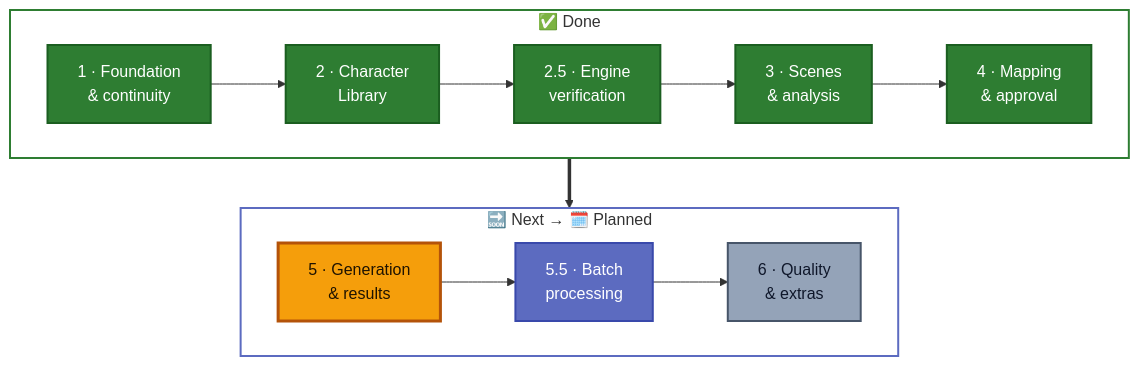
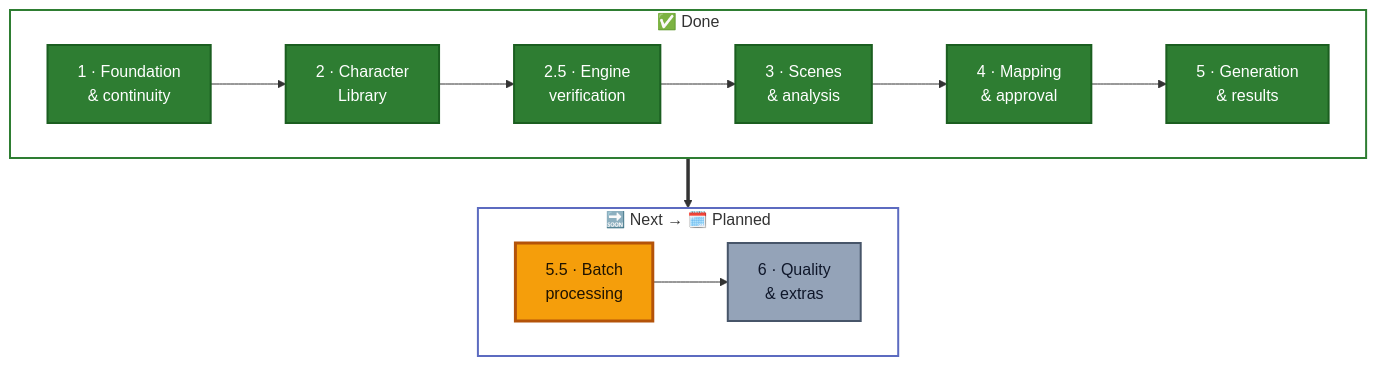
One commit to CyberSecurityChuck/Character-Studio changed the third of 3 diagrams in README.md. Above: the diagram before and after it, drawn with Mermaid. The commit also changed other lines of this file and 28 other files, not shown here.

First line of the commit message:
Build Phase 5 generation, manual bridge and results

````diff
--- a/README.md
+++ b/README.md
@@ -189,19 +189,19 @@
 ```mermaid
 flowchart TB
     subgraph NOW["✅ Done"]
         direction LR
-        P1["1 · Foundation<br/>& continuity"]:::done --> P2["2 · Character<br/>Library"]:::done --> P25["2.5 · Engine<br/>verification"]:::done --> P3["3 · Scenes<br/>& analysis"]:::done --> P4["4 · Mapping<br/>& approval"]:::done
+        P1["1 · Foundation<br/>& continuity"]:::done --> P2["2 · Character<br/>Library"]:::done --> P25["2.5 · Engine<br/>verification"]:::done --> P3["3 · Scenes<br/>& analysis"]:::done --> P4["4 · Mapping<br/>& approval"]:::done --> P5["5 · Generation<br/>& results"]:::done
     end
     subgraph LATER["🔜 Next → 🗓️ Planned"]
         direction LR
-        P5["5 · Generation<br/>& results"]:::next --> P55["5.5 · Batch<br/>processing"]:::planned --> P6["6 · Quality<br/>& extras"]:::later
+        P55["5.5 · Batch<br/>processing"]:::next --> P6["6 · Quality<br/>& extras"]:::later
     end
     NOW ==> LATER
     style NOW fill:transparent,stroke:#2E7D32,stroke-width:2px
     style LATER fill:transparent,stroke:#5C6BC0,stroke-width:2px
 
     classDef done fill:#2E7D32,stroke:#1B5E20,color:#ffffff,stroke-width:2px
     classDef next fill:#F59E0B,stroke:#B45309,color:#1F1300,stroke-width:3px
     classDef planned fill:#5C6BC0,stroke:#3949AB,color:#ffffff,stroke-width:2px
     classDef later fill:#94A3B8,stroke:#475569,color:#0F172A,stroke-width:2px
 ```
````
